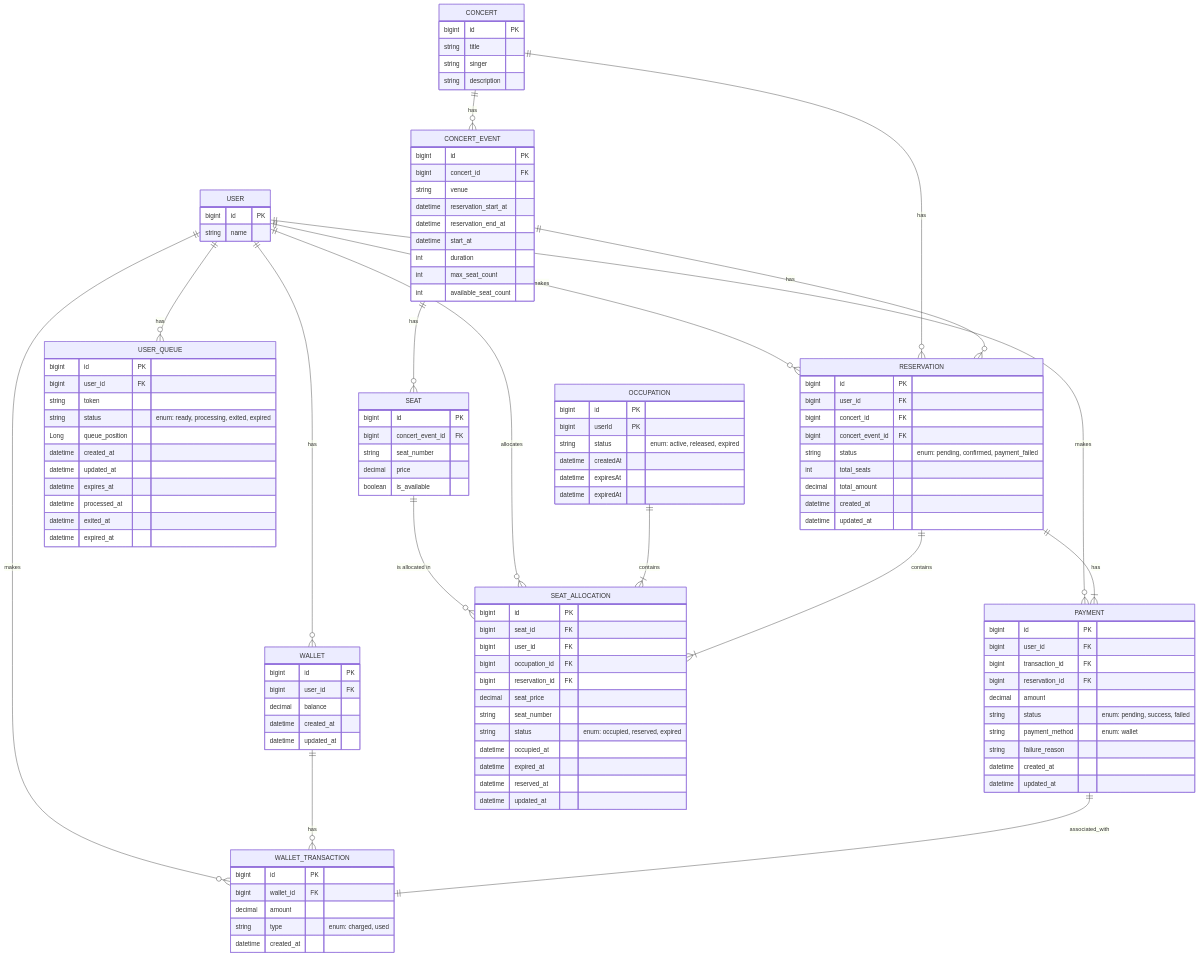
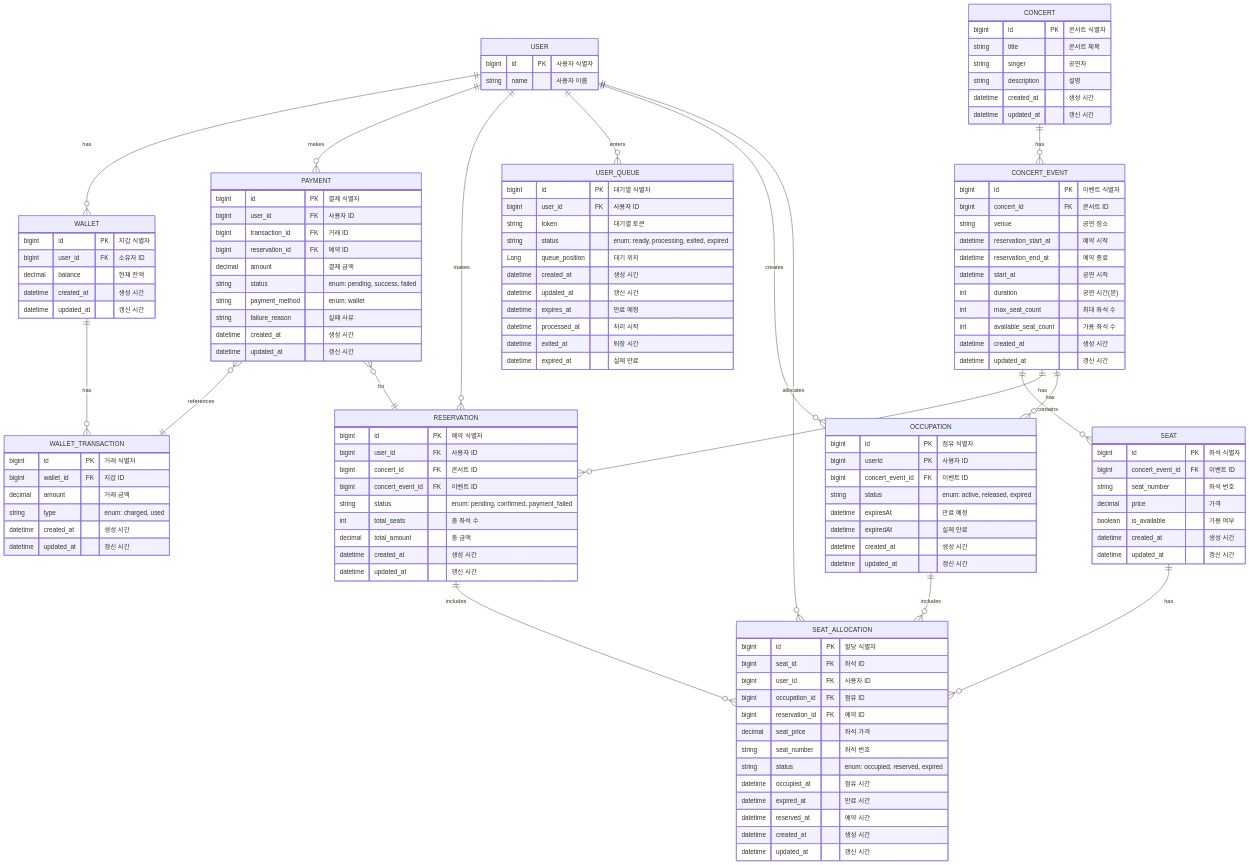
The diagram in docs/erd.md (yuiyeong/ticketing-service), drawn with Mermaid before and after one commit. The commit also changed other lines of this file and 3 other files, not shown here.

````diff
--- a/docs/erd.md
+++ b/docs/erd.md
@@ -3,130 +3,140 @@
 ```mermaid
 erDiagram
     USER ||--o{ WALLET: has
-    USER ||--o{ WALLET_TRANSACTION: makes
     USER ||--o{ PAYMENT: makes
     USER ||--o{ RESERVATION: makes
-    USER ||--o{ USER_QUEUE: has
+    USER ||--o{ USER_QUEUE: enters
+    USER ||--o{ OCCUPATION: creates
+    USER ||--o{ SEAT_ALLOCATION: allocates
     WALLET ||--o{ WALLET_TRANSACTION: has
+    PAYMENT }o--|| WALLET_TRANSACTION: references
+    PAYMENT }o--|| RESERVATION: for
     CONCERT ||--o{ CONCERT_EVENT: has
-    CONCERT_EVENT ||--o{ SEAT: has
-    SEAT ||--o{ SEAT_ALLOCATION : "is allocated in"
-    USER ||--o{ SEAT_ALLOCATION : "allocates"
-    OCCUPATION ||--|{ SEAT_ALLOCATION : contains
-    RESERVATION ||--|{ SEAT_ALLOCATION : contains
-    RESERVATION ||--|{ PAYMENT: has
-    PAYMENT ||--|| WALLET_TRANSACTION: associated_with
-    CONCERT ||--o{ RESERVATION: has
+    CONCERT_EVENT ||--o{ SEAT: contains
     CONCERT_EVENT ||--o{ RESERVATION: has
-    
+    CONCERT_EVENT ||--o{ OCCUPATION: has
+    SEAT ||--o{ SEAT_ALLOCATION: has
+    OCCUPATION ||--o{ SEAT_ALLOCATION: includes
+    RESERVATION ||--o{ SEAT_ALLOCATION: includes
+
     USER {
-        bigint id PK
-        string name
+        bigint id PK "사용자 식별자"
+        string name "사용자 이름"
     }
-    
+
     WALLET {
-        bigint id PK
-        bigint user_id FK
-        decimal balance
-        datetime created_at
-        datetime updated_at
+        bigint id PK "지갑 식별자"
+        bigint user_id FK "소유자 ID"
+        decimal balance "현재 잔액"
+        datetime created_at "생성 시간"
+        datetime updated_at "갱신 시간"
     }
-    
+
     WALLET_TRANSACTION {
-        bigint id PK
-        bigint wallet_id FK
-        decimal amount
+        bigint id PK "거래 식별자"
+        bigint wallet_id FK "지갑 ID"
+        decimal amount "거래 금액"
         string type "enum: charged, used"
-        datetime created_at
+        datetime created_at "생성 시간"
+        datetime updated_at "갱신 시간"
     }
-    
+
     PAYMENT {
-        bigint id PK
-        bigint user_id FK
-        bigint transaction_id FK
-        bigint reservation_id FK
-        decimal amount
+        bigint id PK "결제 식별자"
+        bigint user_id FK "사용자 ID"
+        bigint transaction_id FK "거래 ID"
+        bigint reservation_id FK "예약 ID"
+        decimal amount "결제 금액"
         string status "enum: pending, success, failed"
         string payment_method "enum: wallet"
-        string failure_reason
-        datetime created_at
-        datetime updated_at
+        string failure_reason "실패 사유"
+        datetime created_at "생성 시간"
+        datetime updated_at "갱신 시간"
     }
-    
+
     CONCERT {
-        bigint id PK
-        string title
-        string singer
-        string description
+        bigint id PK "콘서트 식별자"
+        string title "콘서트 제목"
+        string singer "공연자"
+        string description "설명"
+        datetime created_at "생성 시간"
+        datetime updated_at "갱신 시간"
     }
-    
+
     CONCERT_EVENT {
-        bigint id PK
-        bigint concert_id FK
-        string venue
-        datetime reservation_start_at
-        datetime reservation_end_at
-        datetime start_at
-        int duration
-        int max_seat_count
-        int available_seat_count
+        bigint id PK "이벤트 식별자"
+        bigint concert_id FK "콘서트 ID"
+        string venue "공연 장소"
+        datetime reservation_start_at "예약 시작"
+        datetime reservation_end_at "예약 종료"
+        datetime start_at "공연 시작"
+        int duration "공연 시간(분)"
+        int max_seat_count "최대 좌석 수"
+        int available_seat_count "가용 좌석 수"
+        datetime created_at "생성 시간"
+        datetime updated_at "갱신 시간"
     }
-    
+
     SEAT {
-        bigint id PK
-        bigint concert_event_id FK
-        string seat_number
-        decimal price
-        boolean is_available
+        bigint id PK "좌석 식별자"
+        bigint concert_event_id FK "이벤트 ID"
+        string seat_number "좌석 번호"
+        decimal price "가격"
+        boolean is_available "가용 여부"
+        datetime created_at "생성 시간"
+        datetime updated_at "갱신 시간"
     }
 
     SEAT_ALLOCATION {
-        bigint id PK
-        bigint seat_id FK
-        bigint user_id FK
-        bigint occupation_id FK
-        bigint reservation_id FK
-        decimal seat_price
-        string seat_number
+        bigint id PK "할당 식별자"
+        bigint seat_id FK "좌석 ID"
+        bigint user_id FK "사용자 ID"
+        bigint occupation_id FK "점유 ID"
+        bigint reservation_id FK "예약 ID"
+        decimal seat_price "좌석 가격"
+        string seat_number "좌석 번호"
         string status "enum: occupied, reserved, expired"
-        datetime occupied_at
-        datetime expired_at
-        datetime reserved_at
-        datetime updated_at
+        datetime occupied_at "점유 시간"
+        datetime expired_at "만료 시간"
+        datetime reserved_at "예약 시간"
+        datetime created_at "생성 시간"
+        datetime updated_at "갱신 시간"
     }
 
     OCCUPATION {
-        bigint id PK
-        bigint userId PK
+        bigint id PK "점유 식별자"
+        bigint userId PK "사용자 ID"
+        bigint concert_event_id FK "이벤트 ID"
         string status "enum: active, released, expired"
-        datetime createdAt
-        datetime expiresAt
-        datetime expiredAt
+        datetime expiresAt "만료 예정"
+        datetime expiredAt "실제 만료"
+        datetime created_at "생성 시간"
+        datetime updated_at "갱신 시간"
     }
 
     RESERVATION {
-        bigint id PK
-        bigint user_id FK
-        bigint concert_id FK
-        bigint concert_event_id FK
+        bigint id PK "예약 식별자"
+        bigint user_id FK "사용자 ID"
+        bigint concert_id FK "콘서트 ID"
+        bigint concert_event_id FK "이벤트 ID"
         string status "enum: pending, confirmed, payment_failed"
-        int total_seats
-        decimal total_amount
-        datetime created_at
-        datetime updated_at
+        int total_seats "총 좌석 수"
+        decimal total_amount "총 금액"
+        datetime created_at "생성 시간"
+        datetime updated_at "갱신 시간"
     }
-    
+
     USER_QUEUE {
-        bigint id PK
-        bigint user_id FK
-        string token
+        bigint id PK "대기열 식별자"
+        bigint user_id FK "사용자 ID"
+        string token "대기열 토큰"
         string status "enum: ready, processing, exited, expired"
-        Long queue_position
-        datetime created_at
-        datetime updated_at
-        datetime expires_at
-        datetime processed_at
-        datetime exited_at
-        datetime expired_at
+        Long queue_position "대기 위치"
+        datetime created_at "생성 시간"
+        datetime updated_at "갱신 시간"
+        datetime expires_at "만료 예정"
+        datetime processed_at "처리 시작"
+        datetime exited_at "퇴장 시간"
+        datetime expired_at "실제 만료"
     }
 ```
````
